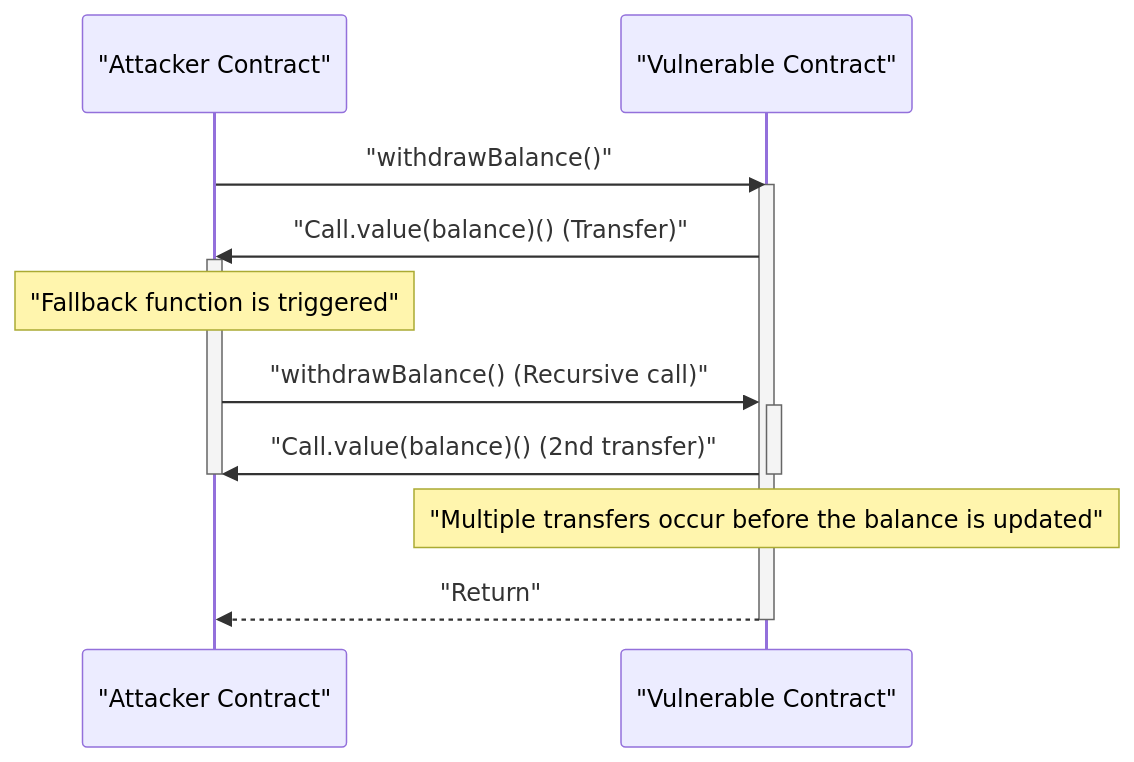
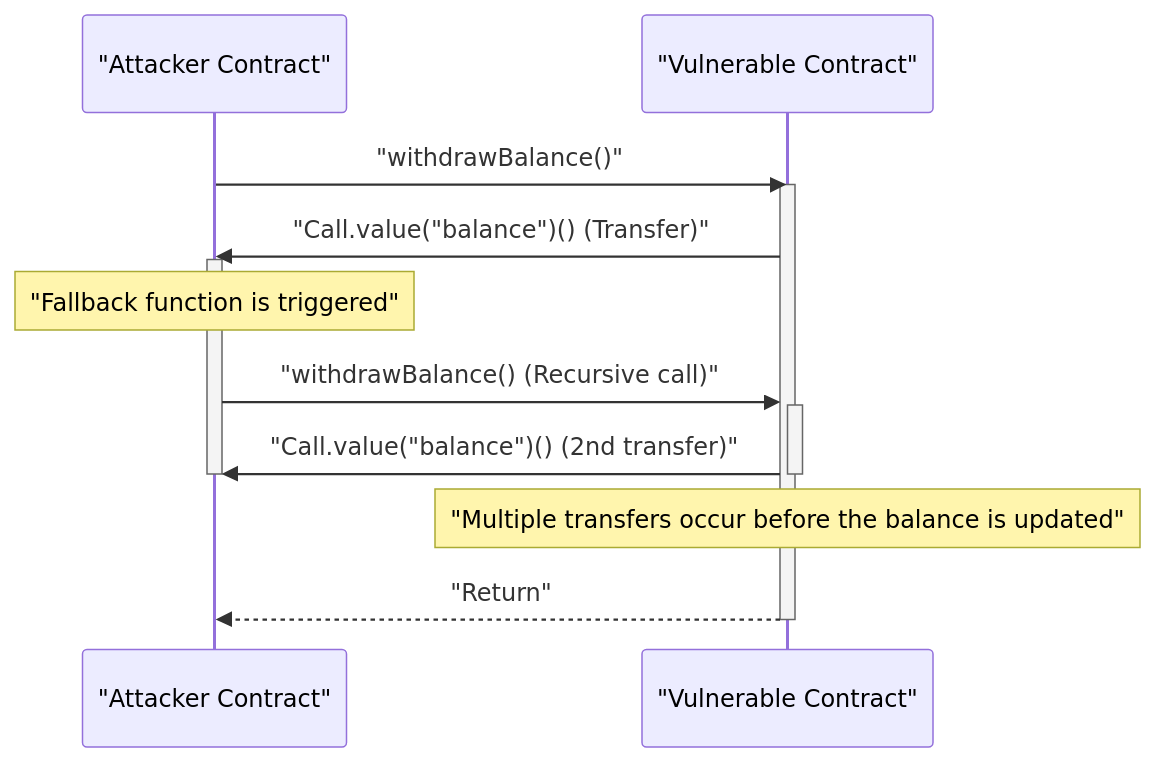
One commit to kenjinote/blog changed the second of 2 diagrams in content/post/blockchain-technology-smart-contract-distributed-ledger/index.en.md. Above: the diagram before and after it, drawn with Mermaid. The commit also changed 929 other files, not shown here.

Commit message:
fix: Add double quotes to all Mermaid node texts to resolve syntax errors

````diff
--- a/content/post/blockchain-technology-smart-contract-distributed-ledger/index.en.md
+++ b/content/post/blockchain-technology-smart-contract-distributed-ledger/index.en.md
@@ -185,19 +185,19 @@
 ```mermaid
 sequenceDiagram
     participant A as "Attacker Contract"
     participant V as "Vulnerable Contract"
 
     A->>V: "withdrawBalance()"
     activate V
-    V->>A: "Call.value(balance)() (Transfer)"
+    V->>A: "Call.value("balance")() (Transfer)"
     activate A
     Note over A: "Fallback function is triggered"
     A->>V: "withdrawBalance() (Recursive call)"
     activate V
-    V->>A: "Call.value(balance)() (2nd transfer)"
+    V->>A: "Call.value("balance")() (2nd transfer)"
     deactivate V
     deactivate A
     Note over V: "Multiple transfers occur before the balance is updated"
     V-->>A: "Return"
     deactivate V
 ```
````
